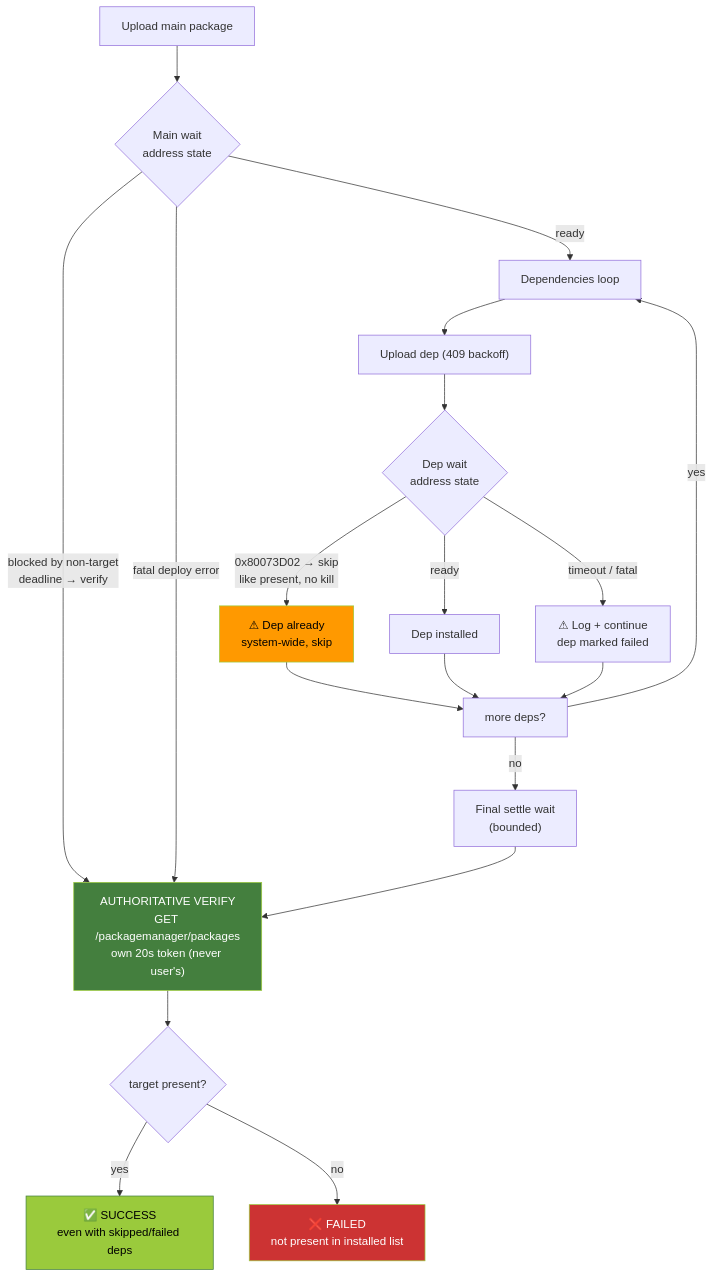
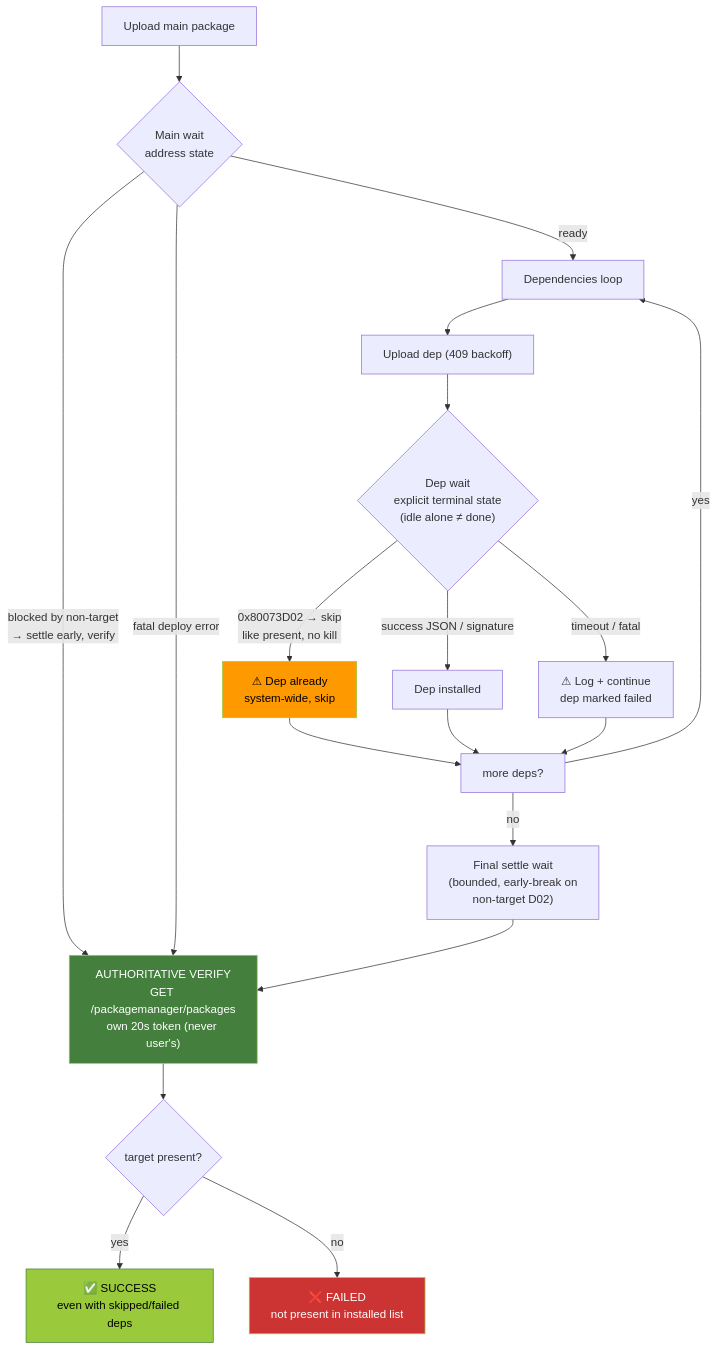
The seventh of 9 diagrams in docs/integration-package-installation-flow.md (marcelofrau/xb-homebrew-vault), drawn with Mermaid before and after one commit. The commit also changed other lines of this file and 1 other file, not shown here.

First line of the commit message:
docs: track D02 dep-settle fix (install-flow v2.1) + tech-debt refresh

````diff
--- a/docs/integration-package-installation-flow.md
+++ b/docs/integration-package-installation-flow.md
@@ -408,28 +413,28 @@
 ```mermaid
 flowchart TD
     MAIN["Upload main package"] --> MW{"Main wait<br/>address state"}
     MW -- "ready" --> DEPLOOP["Dependencies loop"]
-    MW -- "blocked by non-target<br/>deadline → verify" --> VF
+    MW -- "blocked by non-target<br/>→ settle early, verify" --> VF
     MW -- "fatal deploy error" --> VF
 
     DEPLOOP --> DEPUP["Upload dep (409 backoff)"]
-    DEPUP --> DW{"Dep wait<br/>address state"}
-    DW -- "ready" --> DEPOK["Dep installed"]
+    DEPUP --> DW{"Dep wait<br/>explicit terminal state<br/>(idle alone ≠ done)"}
+    DW -- "success JSON / signature" --> DEPOK["Dep installed"]
     DW -- "0x80073D02 → skip<br/>like present, no kill" --> DEPSKIP["⚠ Dep already<br/>system-wide, skip"]
     DW -- "timeout / fatal" --> DEPFAIL["⚠ Log + continue<br/>dep marked failed"]
     DEPSKIP --> NEXT["more deps?"]
     DEPOK --> NEXT
     DEPFAIL --> NEXT
     NEXT -- "yes" --> DEPLOOP
-    NEXT -- "no" --> FINAL["Final settle wait<br/>(bounded)"]
+    NEXT -- "no" --> FINAL["Final settle wait<br/>(bounded, early-break on<br/>non-target D02)"]
 
     FINAL --> VF["AUTHORITATIVE VERIFY<br/>GET /packagemanager/packages<br/>own 20s token (never user's)"]
     VF --> PRESENT{"target present?"}
     PRESENT -- "yes" --> SUCCESS["✅ SUCCESS<br/>even with skipped/failed deps"]
     PRESENT -- "no" --> FAILED["❌ FAILED<br/>not present in installed list"]
 
     style DEPSKIP fill:#FF9900,stroke:#9ACA3C,color:#000
     style SUCCESS fill:#9ACA3C,stroke:#447F3E,color:#000
     style FAILED fill:#CC3333,stroke:#9ACA3C,color:#fff
     style VF fill:#447F3E,stroke:#9ACA3C,color:#fff
 ```
````
